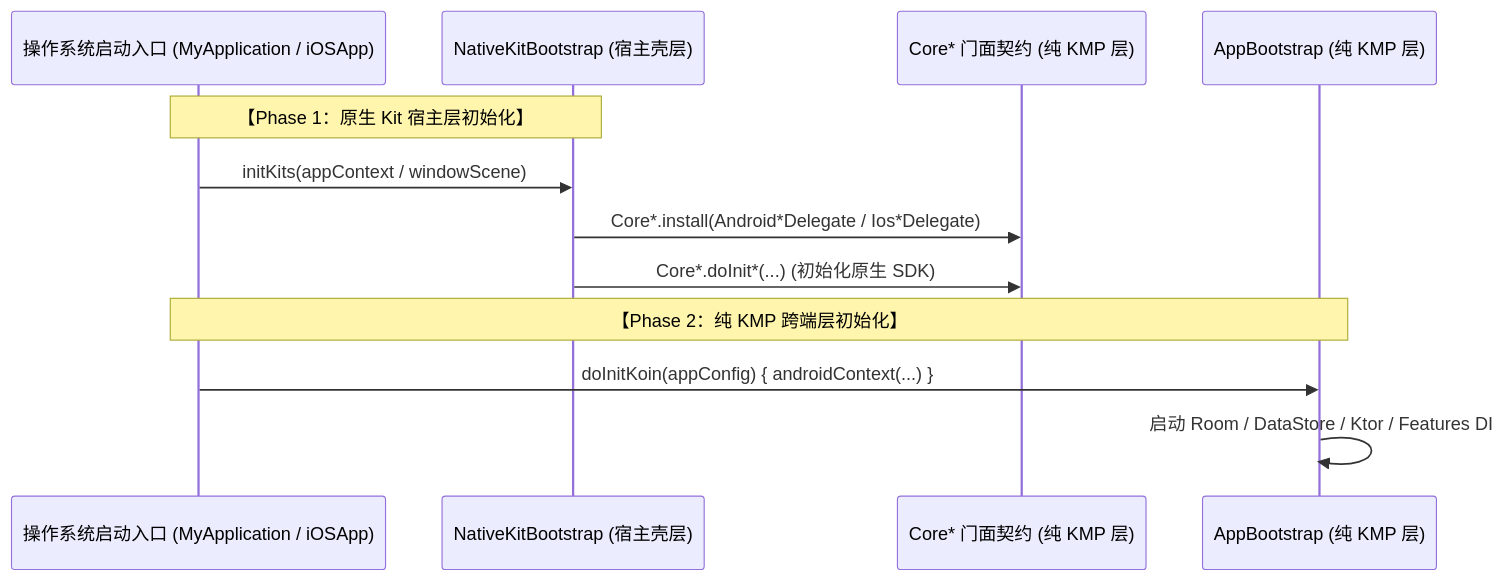
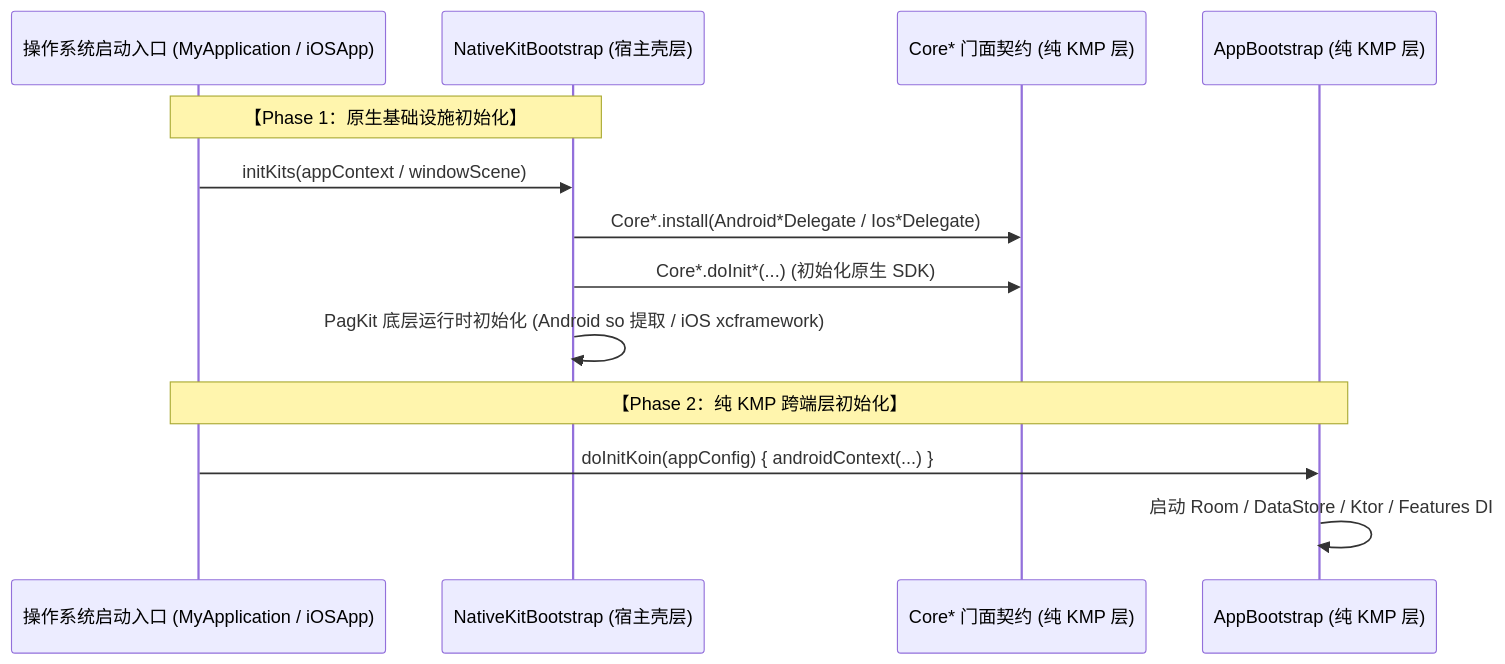
One commit to e-hai/Architecture changed the fourth of 5 diagrams in README.md. Above: the diagram before and after it, drawn with Mermaid. The commit also changed other lines of this file and 4 other files, not shown here.

Commit message:
docs(arch): add ARCHITECTURE guide, ADR-0008, ADR-0009, and update AGENTS/README

````diff
--- a/README.md
+++ b/README.md
@@ -267,16 +270,17 @@
 ```mermaid
 sequenceDiagram
     participant OS as 操作系统启动入口 (MyApplication / iOSApp)
     participant HostBootstrap as NativeKitBootstrap (宿主壳层)
     participant CoreKits as Core* 门面契约 (纯 KMP 层)
     participant KmpBootstrap as AppBootstrap (纯 KMP 层)
 
-    Note over OS,HostBootstrap: 【Phase 1：原生 Kit 宿主层初始化】
+    Note over OS,HostBootstrap: 【Phase 1：原生基础设施初始化】
     OS->>HostBootstrap: initKits(appContext / windowScene)
     HostBootstrap->>CoreKits: Core*.install(Android*Delegate / Ios*Delegate)
     HostBootstrap->>CoreKits: Core*.doInit*(...) (初始化原生 SDK)
+    HostBootstrap->>HostBootstrap: PagKit 底层运行时初始化 (Android so 提取 / iOS xcframework)
 
     Note over OS,KmpBootstrap: 【Phase 2：纯 KMP 跨端层初始化】
     OS->>KmpBootstrap: doInitKoin(appConfig) { androidContext(...) }
     KmpBootstrap->>KmpBootstrap: 启动 Room / DataStore / Ktor / Features DI
 ```
````
